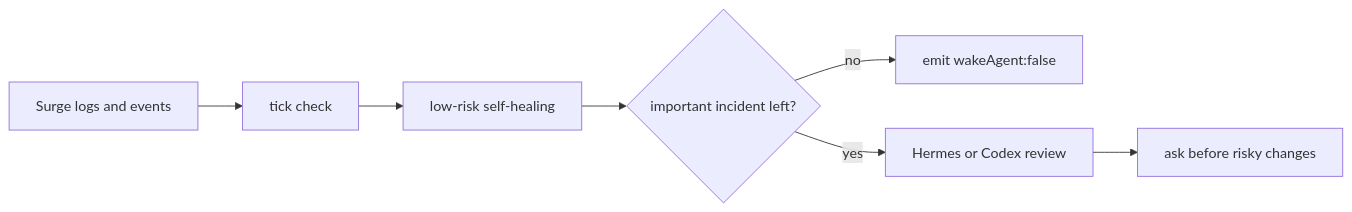
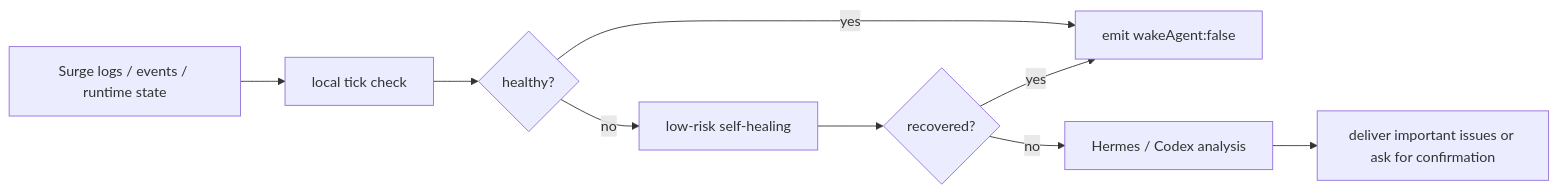
One commit to rexchen2024/surge-guardian-assistant changed the diagram in README.en.md. Above: the diagram before and after it, drawn with Mermaid. The commit also changed other lines of this file and 7 other files, not shown here.

````diff
--- a/README.en.md
+++ b/README.en.md
@@ -48,9 +39,11 @@
 ```mermaid
 flowchart LR
-  Surge["Surge logs and events"] --> Tick["tick check"]
-  Tick --> Fix["low-risk self-healing"]
-  Fix --> Healthy{"important incident left?"}
-  Healthy -->|no| Quiet["emit wakeAgent:false"]
-  Healthy -->|yes| Review["Hermes or Codex review"]
-  Review --> Confirm["ask before risky changes"]
+  Surge["Surge logs / events / runtime state"] --> Tick["local tick check"]
+  Tick --> Quiet{"healthy?"}
+  Quiet -->|yes| Silent["emit wakeAgent:false"]
+  Quiet -->|no| Heal["low-risk self-healing"]
+  Heal --> Again{"recovered?"}
+  Again -->|yes| Silent
+  Again -->|no| AI["Hermes / Codex analysis"]
+  AI --> Notify["deliver important issues or ask for confirmation"]
 ```
````
